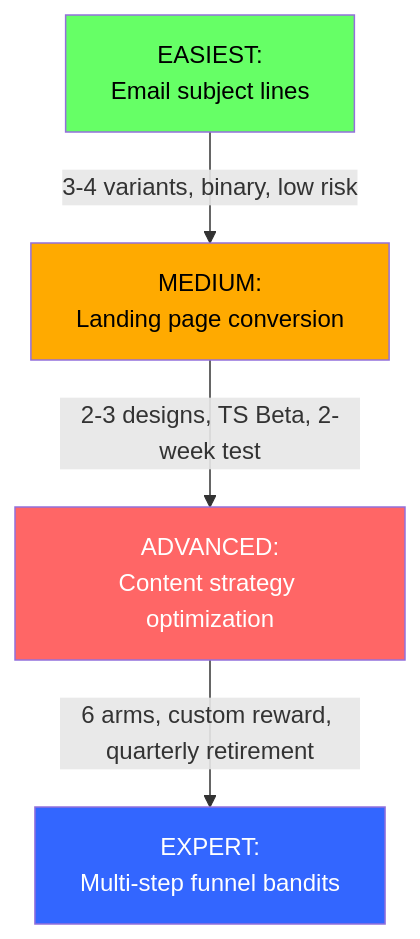
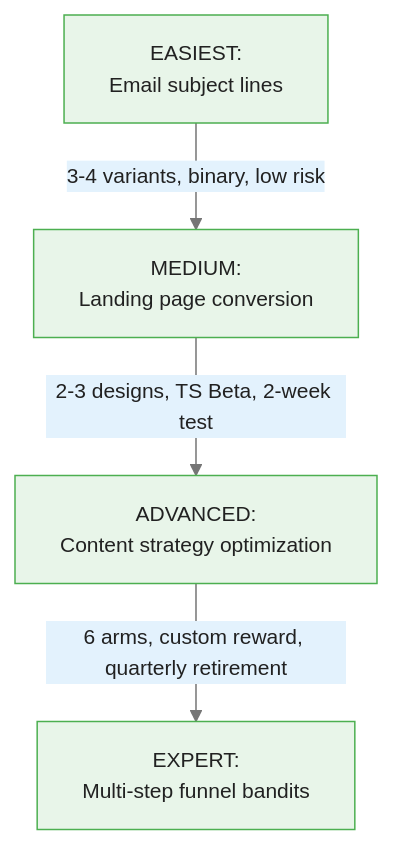
Before and after one commit to m-deane/course-creator: the fourth of 5 diagrams in courses/multi-armed-bandits-ab-testing/modules/module_04_content_growth_optimization/guides/cheatsheet_slides.md, drawn with Mermaid. The commit also changed other lines of this file and 146 other files, not shown here.

````diff
--- a/courses/multi-armed-bandits-ab-testing/modules/module_04_content_growth_optimization/guides/cheatsheet_slides.md
+++ b/courses/multi-armed-bandits-ab-testing/modules/module_04_content_growth_optimization/guides/cheatsheet_slides.md
@@ -198,11 +226,7 @@
 ```mermaid
+%%{init: {"theme": "base", "themeVariables": {"primaryColor": "#e8f5e9", "primaryBorderColor": "#4caf50", "primaryTextColor": "#212121", "secondaryColor": "#e3f2fd", "tertiaryColor": "#fff8e1", "lineColor": "#757575", "fontFamily": "Inter, sans-serif", "fontSize": "14px"}}}%%
 flowchart TD
     Easy["EASIEST:<br/>Email subject lines"] --> |"3-4 variants, binary, low risk"| Med["MEDIUM:<br/>Landing page conversion"]
     Med --> |"2-3 designs, TS Beta, 2-week test"| Adv["ADVANCED:<br/>Content strategy optimization"]
     Adv --> |"6 arms, custom reward, quarterly retirement"| Expert["EXPERT:<br/>Multi-step funnel bandits"]
-
-    style Easy fill:#6f6,color:#000
-    style Med fill:#fa0,color:#000
-    style Adv fill:#f66,color:#fff
-    style Expert fill:#36f,color:#fff
 ```
````
